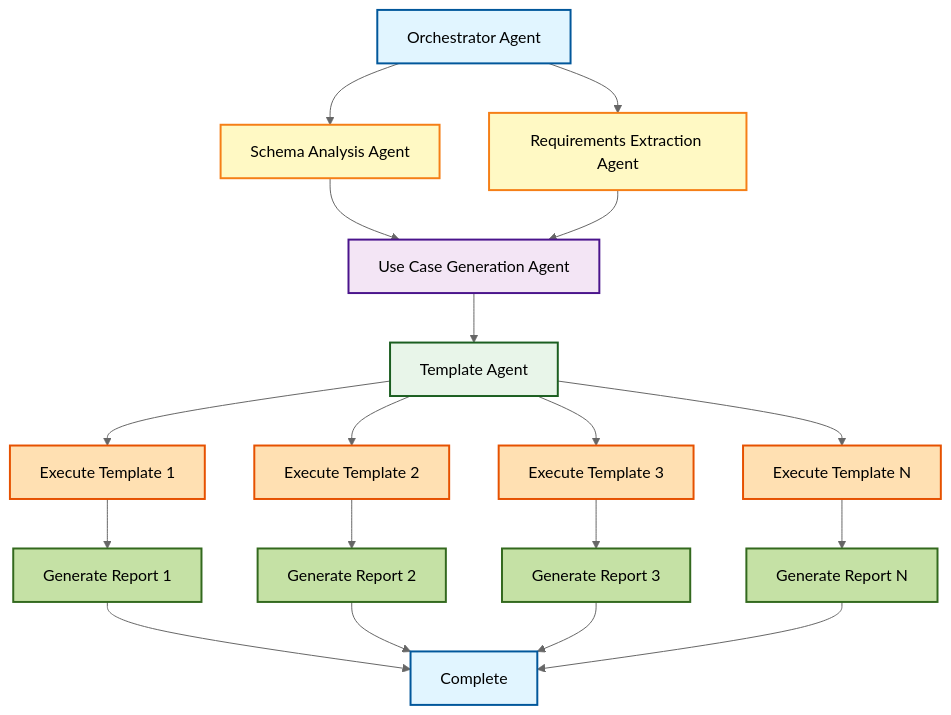
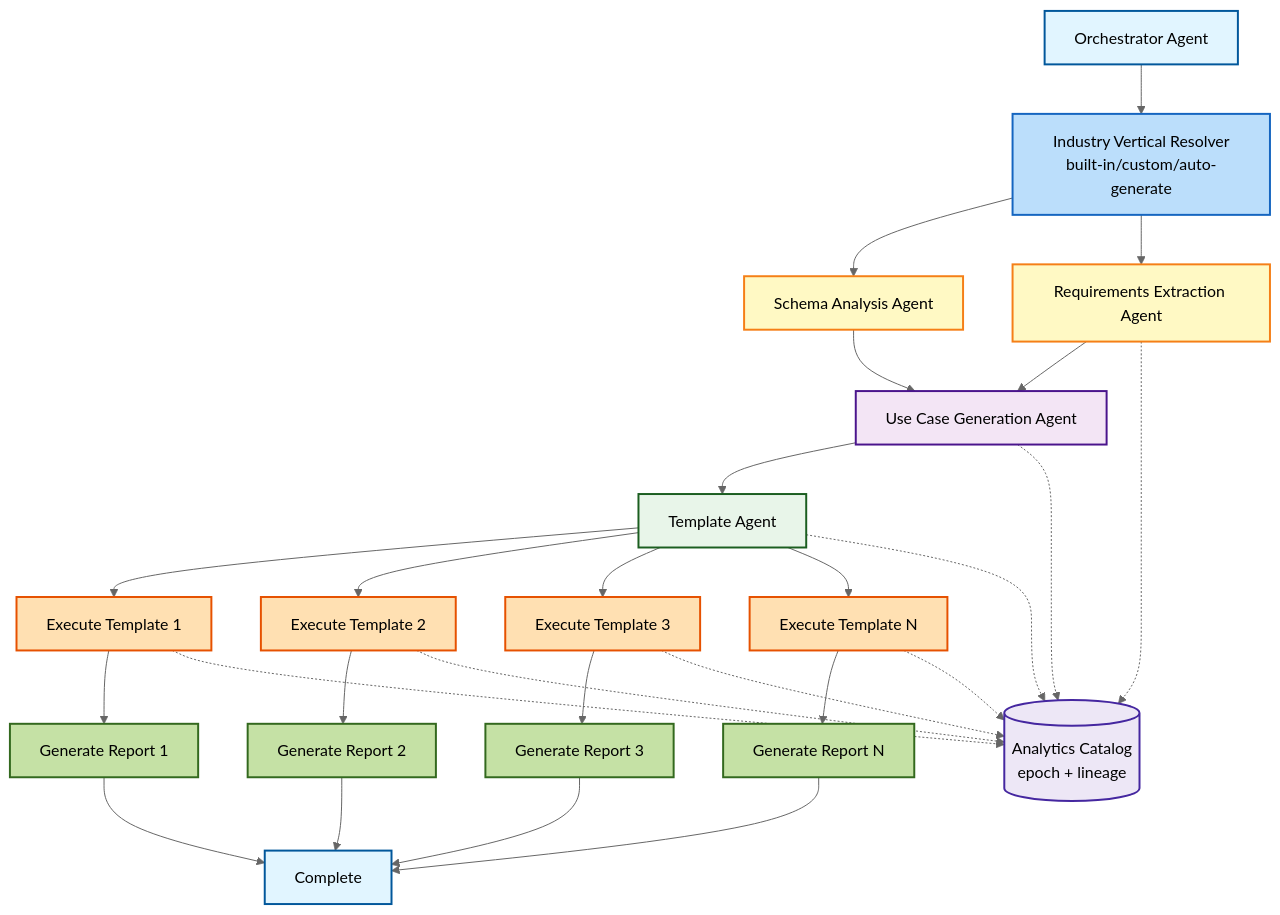
One commit to ArthurKeen/graph-analytics-ai-platform changed the first of 3 diagrams in docs/PARALLEL_EXECUTION_GUIDE.md. Above: the diagram before and after it, drawn with Mermaid (neutral theme). The commit also changed other lines of this file and 4 other files, not shown here.

First line of the commit message:
docs: update agentic workflow diagrams for vertical automation and catalog

````diff
--- a/docs/PARALLEL_EXECUTION_GUIDE.md
+++ b/docs/PARALLEL_EXECUTION_GUIDE.md
@@ -91,40 +91,52 @@
 ```mermaid
 graph TD
- A[Orchestrator Agent] --> B[Schema Analysis Agent]
- A --> C[Requirements Extraction Agent]
+ A[Orchestrator Agent] --> V[Industry Vertical Resolver<br/>built-in/custom/auto-generate]
+ V --> B[Schema Analysis Agent]
+ V --> C[Requirements Extraction Agent]
  
  B --> D[Use Case Generation Agent]
  C --> D
  
  D --> E[Template Agent]
  
  E --> F1[Execute Template 1]
  E --> F2[Execute Template 2]
  E --> F3[Execute Template 3]
  E --> F4[Execute Template N]
  
  F1 --> G1[Generate Report 1]
  F2 --> G2[Generate Report 2]
  F3 --> G3[Generate Report 3]
  F4 --> G4[Generate Report N]
  
  G1 --> H[Complete]
  G2 --> H
  G3 --> H
  G4 --> H
+
+ K[(Analytics Catalog<br/>epoch + lineage)]:::catalog
+ C -.-> K
+ D -.-> K
+ E -.-> K
+ F1 -.-> K
+ F2 -.-> K
+ F3 -.-> K
+ F4 -.-> K
  
  style A fill:#e1f5ff,stroke:#01579b,stroke-width:2px
+ style V fill:#bbdefb,stroke:#1565c0,stroke-width:2px
  style B fill:#fff9c4,stroke:#f57f17,stroke-width:2px
  style C fill:#fff9c4,stroke:#f57f17,stroke-width:2px
  style D fill:#f3e5f5,stroke:#4a148c,stroke-width:2px
  style E fill:#e8f5e9,stroke:#1b5e20,stroke-width:2px
  style F1 fill:#ffe0b2,stroke:#e65100,stroke-width:2px
  style F2 fill:#ffe0b2,stroke:#e65100,stroke-width:2px
  style F3 fill:#ffe0b2,stroke:#e65100,stroke-width:2px
  style F4 fill:#ffe0b2,stroke:#e65100,stroke-width:2px
  style G1 fill:#c5e1a5,stroke:#33691e,stroke-width:2px
  style G2 fill:#c5e1a5,stroke:#33691e,stroke-width:2px
  style G3 fill:#c5e1a5,stroke:#33691e,stroke-width:2px
  style G4 fill:#c5e1a5,stroke:#33691e,stroke-width:2px
  style H fill:#e1f5ff,stroke:#01579b,stroke-width:2px
+ classDef catalog fill:#ede7f6,stroke:#4527a0,stroke-width:2px
 ```
````
